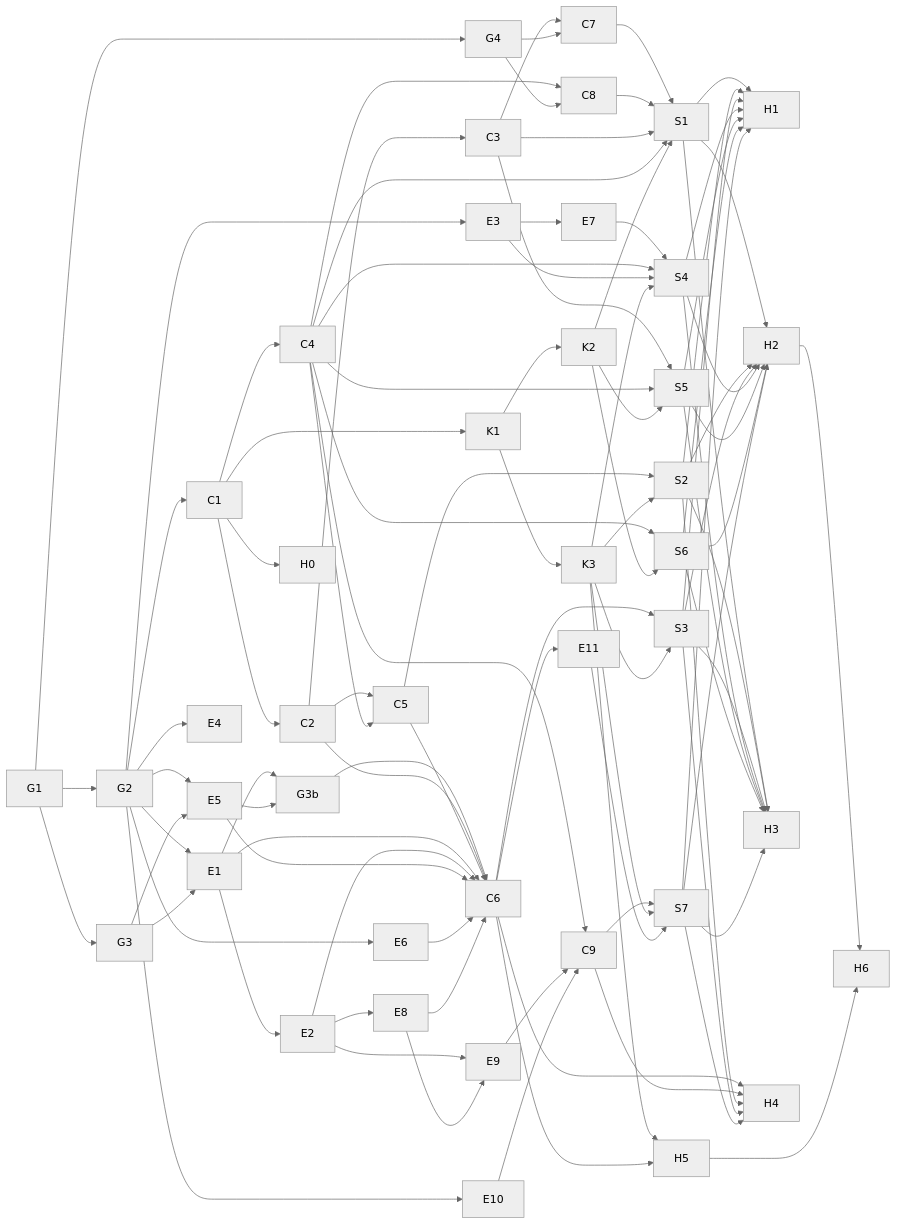
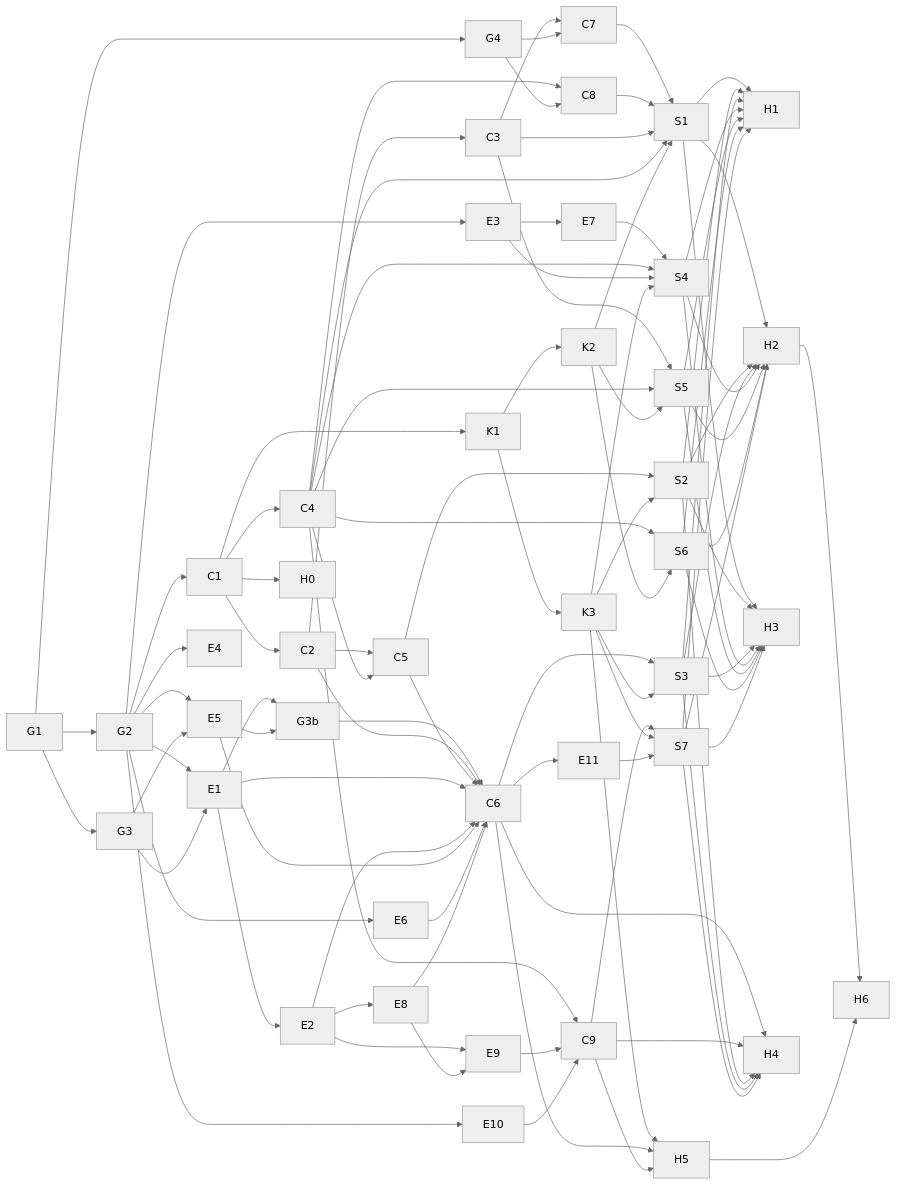
Before and after one commit to thisizmsk-png/vajra: the diagram in docs/desktop/spec/tasks.md, drawn with Mermaid (neutral theme). The commit also changed other lines of this file and 3 other files, not shown here.

````diff
--- a/docs/desktop/spec/tasks.md
+++ b/docs/desktop/spec/tasks.md
@@ -127,34 +127,34 @@
 ```mermaid
 graph LR
   G1 --> G2 --> E3 & E1 & C1
   G1 --> G3 --> E1 --> E2
   G2 & G3 --> E5
   E1 & E5 --> G3b --> C6
   C1 --> C2 & C4 & K1
   C2 --> C3
   C2 & C4 --> C5
   C2 & C5 & E1 & E2 & E5 & E6 --> C6
   G1 --> G4
   C3 & G4 --> C7
   C4 & G4 --> C8
   C7 & C8 --> S1
   G2 --> E4 & E6
   E3 --> E7 --> S4
   E2 --> E8 --> C6
   C1 --> H0
   K1 --> K2 & K3
   C3 & C4 & K2 --> S1 & S5
   C4 & E3 & K3 --> S4
   C4 & K2 --> S6
   E2 & E8 --> E9
   G2 --> E10
   C6 --> E11
   C4 & E9 & E10 --> C9
   C9 & K3 & E11 --> S7
   C5 & K3 --> S2
   C6 & K3 --> S3
   S1 & S2 & S3 & S4 & S5 & S6 & S7 --> H1 & H2 & H3
   C6 & C9 & S2 & S3 & S7 --> H4
-  K3 & C6 --> H5
+  K3 & C6 & C9 --> H5
   H2 & H5 --> H6
 ```
````
